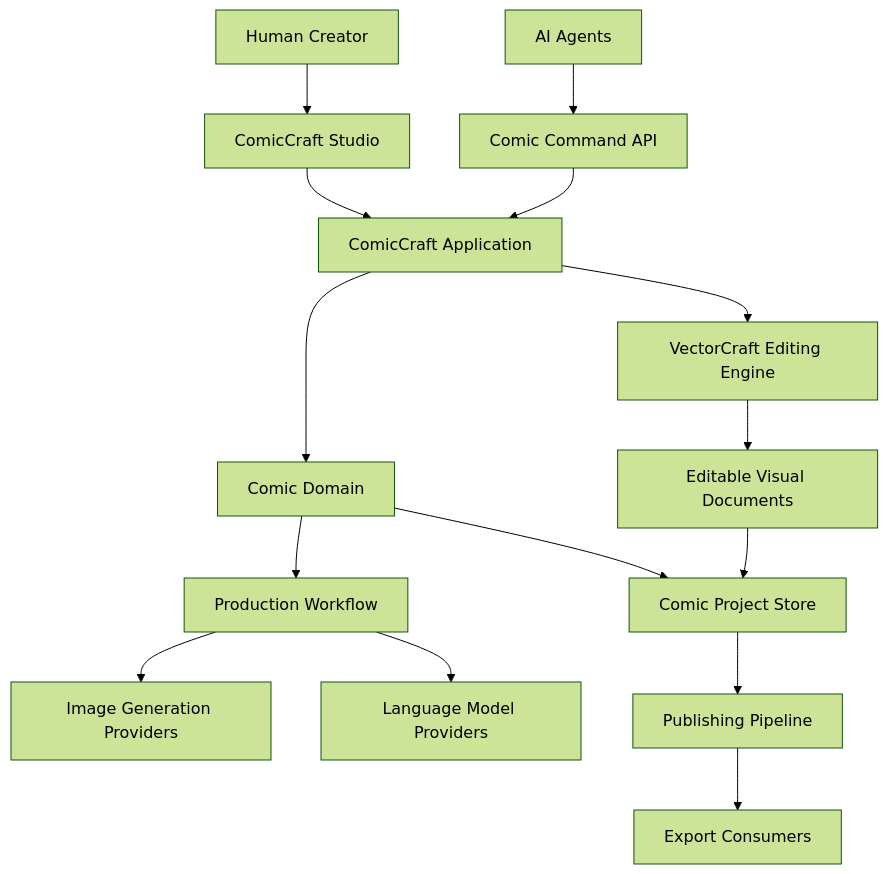
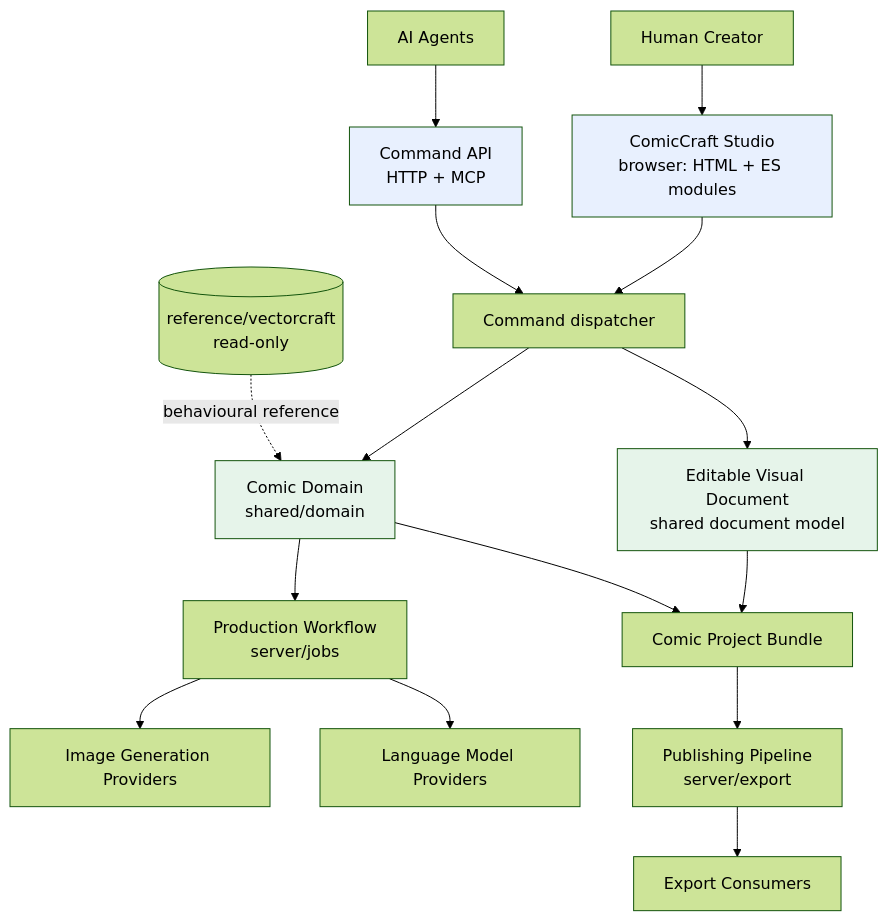
One commit to hvtai2025/comiccraft changed the first of 5 diagrams in docs/comiccraft-design.md. Above: the diagram before and after it, drawn with Mermaid (forest theme). The commit also changed other lines of this file and 1780 other files, not shown here.

First line of the commit message:
Port ComicCraft to Node.js and complete the idea-to-comic workflow

````diff
--- a/docs/comiccraft-design.md
+++ b/docs/comiccraft-design.md
@@ -50,27 +51,33 @@
 ```mermaid
 flowchart TB
     U[Human Creator]
     A[AI Agents]
     G[Image Generation Providers]
     L[Language Model Providers]
     E[Export Consumers]
 
-    U --> UI[ComicCraft Studio]
-    A --> API[Comic Command API]
-    UI --> APP[ComicCraft Application]
+    U --> UI[ComicCraft Studio<br/>browser: HTML + ES modules]
+    A --> API[Command API<br/>HTTP + MCP]
+    UI --> APP[Command dispatcher]
     API --> APP
 
-    APP --> DOMAIN[Comic Domain]
-    APP --> ENGINE[VectorCraft Editing Engine]
+    APP --> DOMAIN[Comic Domain<br/>shared/domain]
+    APP --> DOC[Editable Visual Document<br/>shared document model]
 
-    DOMAIN --> WORKFLOW[Production Workflow]
+    DOMAIN --> WORKFLOW[Production Workflow<br/>server/jobs]
     WORKFLOW --> L
     WORKFLOW --> G
 
-    ENGINE --> DOC[Editable Visual Documents]
-    DOMAIN --> STORE[Comic Project Store]
-    DOC --> STORE
+    DOC --> STORE[Comic Project Bundle]
+    DOMAIN --> STORE
 
-    STORE --> EXPORT[Publishing Pipeline]
+    STORE --> EXPORT[Publishing Pipeline<br/>server/export]
     EXPORT --> E
+
+    REF[(reference/vectorcraft<br/>read-only)] -.behavioural reference.-> DOMAIN
+
+    style UI fill:#e8f0fe
+    style API fill:#e8f0fe
+    style DOMAIN fill:#e6f4ea
+    style DOC fill:#e6f4ea
 ```
````
